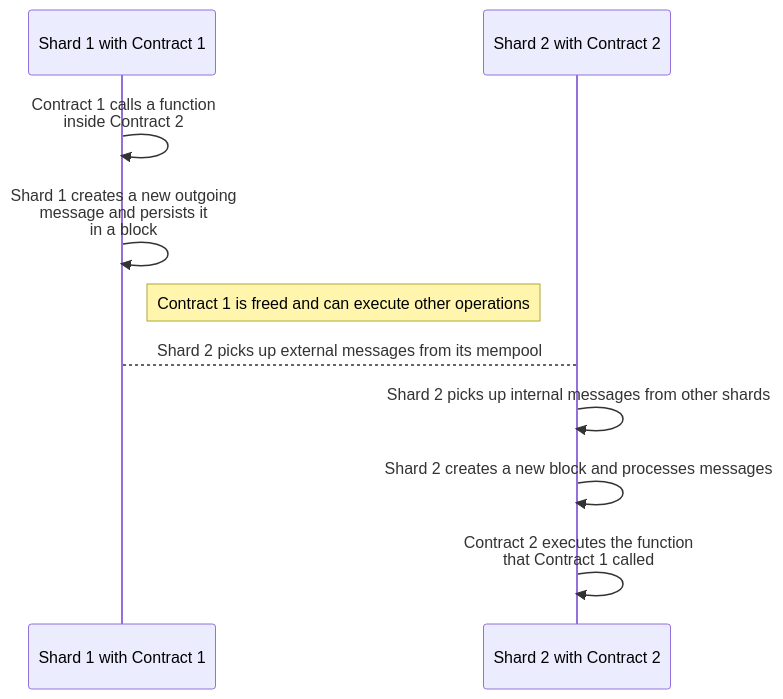
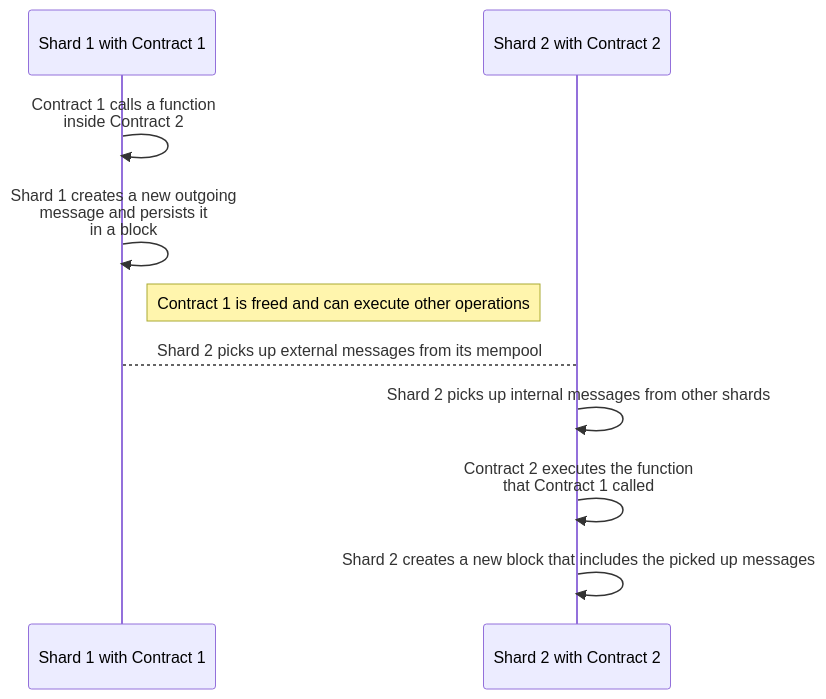
One commit to NilFoundation/nil changed the diagram in docs/nil/core-concepts/shards-parallel-execution.mdx. Above: the diagram before and after it, drawn with Mermaid. The commit also changed 8 other files, not shown here.

````diff
--- a/docs/nil/core-concepts/shards-parallel-execution.mdx
+++ b/docs/nil/core-concepts/shards-parallel-execution.mdx
@@ -51,22 +51,22 @@
 ```mermaid
 %%{
   init: {
     'theme': 'base',
     'themeVariables': {
       'primaryColor': '#181A1B',
       'secondaryBorderColor': '#404040'
       'textColor': '#fff'
     }
   }
 }%%
 sequenceDiagram
     participant S1 as Shard 1 with Contract 1
     participant S2 as Shard 2 with Contract 2
     S1 ->> S1: Contract 1 calls a function<br>inside Contract 2
     S1 ->> S1: Shard 1 creates a new outgoing<br>message and persists it<br>in a block
     Note right of S1: Contract 1 is freed and can execute other operations
     S1 --> S2: Shard 2 picks up external messages from its mempool
     S2 ->> S2: Shard 2 picks up internal messages from other shards
-    S2 ->> S2: Shard 2 creates a new block and processes messages
     S2 ->> S2: Contract 2 executes the function<br>that Contract 1 called   
+    S2 ->> S2: Shard 2 creates a new block that includes the picked up messages
 ```
````
